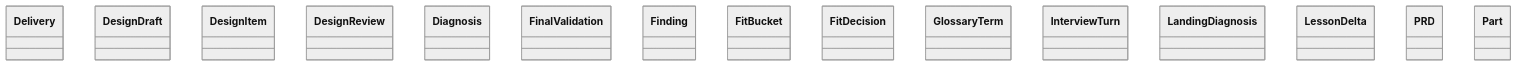
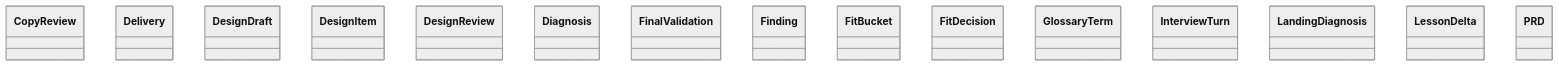
Before and after one commit to GonzaloZevallos/agentic-system: the diagram in docs/architecture/generated/classes-process-domain-roles-2.md, drawn with Mermaid (neutral theme). The commit also changed other lines of this file and 16 other files, not shown here.

````diff
--- a/docs/architecture/generated/classes-process-domain-roles-2.md
+++ b/docs/architecture/generated/classes-process-domain-roles-2.md
@@ -21,18 +21,18 @@
 ```mermaid
 classDiagram
+    class schemas__CopyReview["CopyReview"]
     class schemas__Delivery["Delivery"]
     class schemas__DesignDraft["DesignDraft"]
     class schemas__DesignItem["DesignItem"]
     class schemas__DesignReview["DesignReview"]
     class schemas__Diagnosis["Diagnosis"]
     class schemas__FinalValidation["FinalValidation"]
     class schemas__Finding["Finding"]
     class schemas__FitBucket["FitBucket"]
     class schemas__FitDecision["FitDecision"]
     class schemas__GlossaryTerm["GlossaryTerm"]
     class schemas__InterviewTurn["InterviewTurn"]
     class schemas__LandingDiagnosis["LandingDiagnosis"]
     class schemas__LessonDelta["LessonDelta"]
     class schemas__PRD["PRD"]
-    class schemas__Part["Part"]
 ```
````
